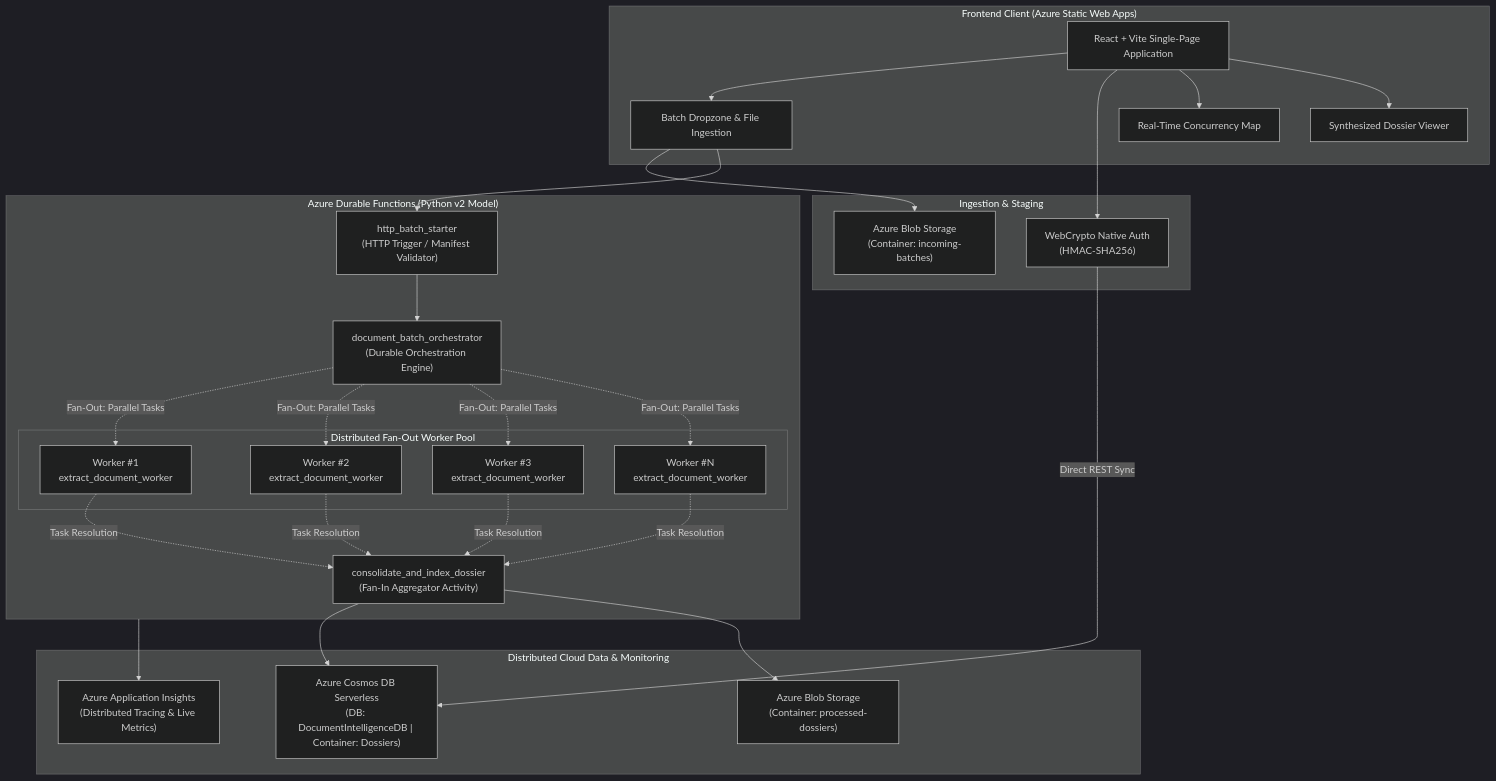
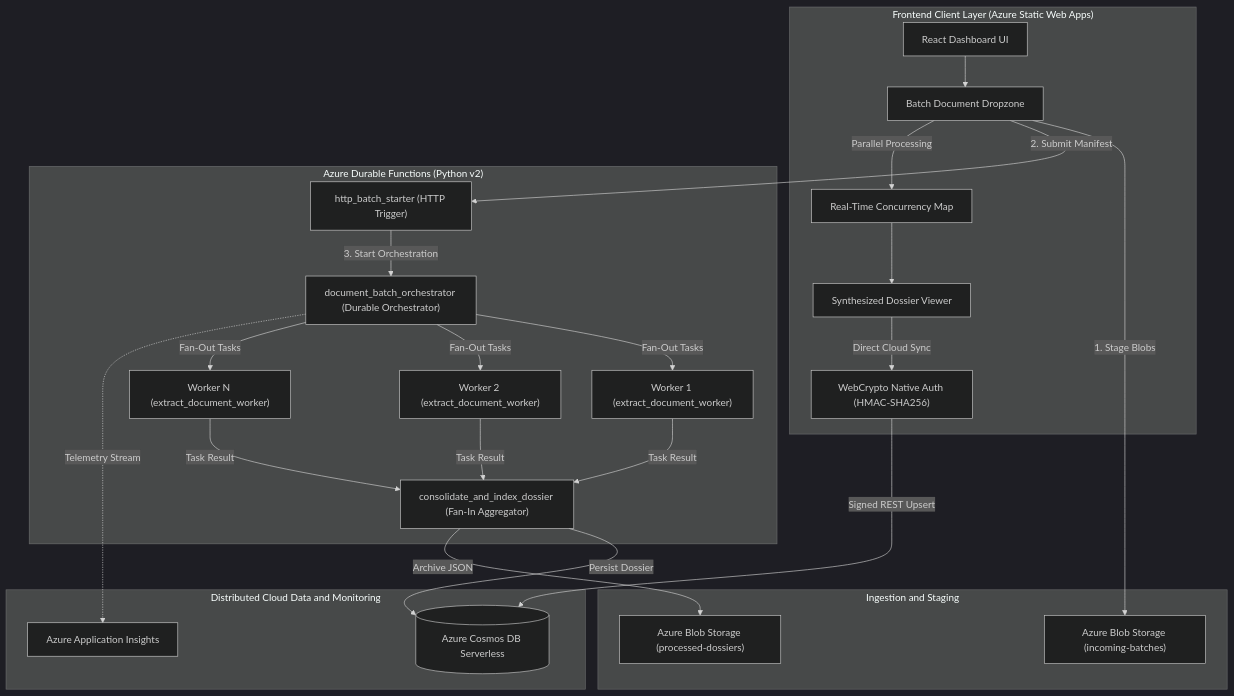
One commit to ketanshelke97/fan-in-fan-out changed the diagram in README.md. Above: the diagram before and after it, drawn with Mermaid (dark theme).

Commit message:
docs: fix Mermaid diagram syntax for GitHub markdown rendering

````diff
--- a/README.md
+++ b/README.md
@@ -46,58 +46,51 @@
 ```mermaid
 flowchart TD
-    subgraph ClientLayer["Frontend Client (Azure Static Web Apps)"]
-        UI["React + Vite Single-Page Application"]
-        Dropzone["Batch Dropzone & File Ingestion"]
+    subgraph ClientLayer["Frontend Client Layer (Azure Static Web Apps)"]
+        UI["React Dashboard UI"]
+        Dropzone["Batch Document Dropzone"]
         WorkerMap["Real-Time Concurrency Map"]
         DossierView["Synthesized Dossier Viewer"]
+        AuthModule["WebCrypto Native Auth (HMAC-SHA256)"]
     end
 
-    subgraph Ingestion["Ingestion & Staging"]
-        BlobIn["Azure Blob Storage<br/>(Container: incoming-batches)"]
-        AuthModule["WebCrypto Native Auth<br/>(HMAC-SHA256)"]
+    subgraph Ingestion["Ingestion and Staging"]
+        BlobIn["Azure Blob Storage (incoming-batches)"]
+        BlobOut["Azure Blob Storage (processed-dossiers)"]
     end
 
-    subgraph ServerlessCompute["Azure Durable Functions (Python v2 Model)"]
-        Starter["http_batch_starter<br/>(HTTP Trigger / Manifest Validator)"]
-        Orchestrator["document_batch_orchestrator<br/>(Durable Orchestration Engine)"]
-        
-        subgraph FanOutWorkers["Distributed Fan-Out Worker Pool"]
-            W1["Worker #1<br/>extract_document_worker"]
-            W2["Worker #2<br/>extract_document_worker"]
-            W3["Worker #3<br/>extract_document_worker"]
-            WN["Worker #N<br/>extract_document_worker"]
-        end
-        
-        Aggregator["consolidate_and_index_dossier<br/>(Fan-In Aggregator Activity)"]
+    subgraph ServerlessCompute["Azure Durable Functions (Python v2)"]
+        Starter["http_batch_starter (HTTP Trigger)"]
+        Orchestrator["document_batch_orchestrator (Durable Orchestrator)"]
+        W1["Worker 1 (extract_document_worker)"]
+        W2["Worker 2 (extract_document_worker)"]
+        WN["Worker N (extract_document_worker)"]
+        Aggregator["consolidate_and_index_dossier (Fan-In Aggregator)"]
     end
 
-    subgraph DataStore["Distributed Cloud Data & Monitoring"]
-        Cosmos["Azure Cosmos DB Serverless<br/>(DB: DocumentIntelligenceDB | Container: Dossiers)"]
-        AppInsights["Azure Application Insights<br/>(Distributed Tracing & Live Metrics)"]
-        BlobOut["Azure Blob Storage<br/>(Container: processed-dossiers)"]
+    subgraph DataStore["Distributed Cloud Data and Monitoring"]
+        Cosmos[("Azure Cosmos DB Serverless")]
+        AppInsights["Azure Application Insights"]
     end
 
     UI --> Dropzone
-    Dropzone --> BlobIn
-    Dropzone --> Starter
-    Starter --> Orchestrator
-    
-    Orchestrator -.->|Fan-Out: Parallel Tasks| W1
-    Orchestrator -.->|Fan-Out: Parallel Tasks| W2
-    Orchestrator -.->|Fan-Out: Parallel Tasks| W3
-    Orchestrator -.->|Fan-Out: Parallel Tasks| WN
+    Dropzone -->|"1. Stage Blobs"| BlobIn
+    Dropzone -->|"2. Submit Manifest"| Starter
+    Starter -->|"3. Start Orchestration"| Orchestrator
 
-    W1 -.->|Task Resolution| Aggregator
-    W2 -.->|Task Resolution| Aggregator
-    W3 -.->|Task Resolution| Aggregator
-    WN -.->|Task Resolution| Aggregator
+    Orchestrator -->|"Fan-Out Tasks"| W1
+    Orchestrator -->|"Fan-Out Tasks"| W2
+    Orchestrator -->|"Fan-Out Tasks"| WN
 
-    Aggregator --> Cosmos
-    Aggregator --> BlobOut
-    ServerlessCompute --> AppInsights
-    
-    UI --> AuthModule
-    AuthModule -->|Direct REST Sync| Cosmos
-    UI --> WorkerMap
-    UI --> DossierView
+    W1 -->|"Task Result"| Aggregator
+    W2 -->|"Task Result"| Aggregator
+    WN -->|"Task Result"| Aggregator
+
+    Aggregator -->|"Persist Dossier"| Cosmos
+    Aggregator -->|"Archive JSON"| BlobOut
+    Orchestrator -.->|"Telemetry Stream"| AppInsights
+
+    Dropzone -->|"Parallel Processing"| WorkerMap
+    WorkerMap --> DossierView
+    DossierView -->|"Direct Cloud Sync"| AuthModule
+    AuthModule -->|"Signed REST Upsert"| Cosmos
 ```
````
